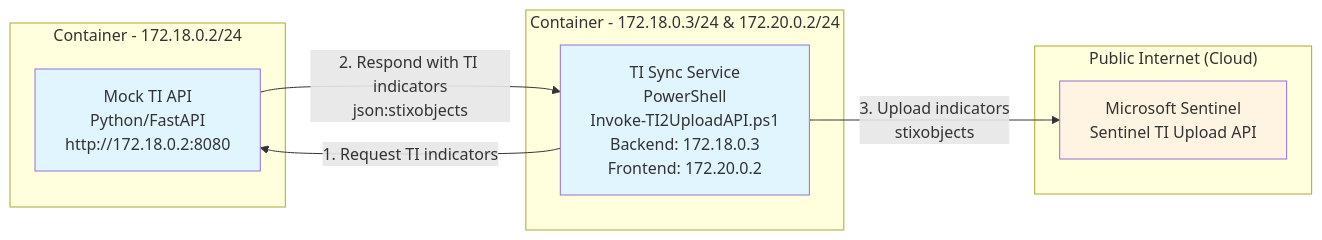
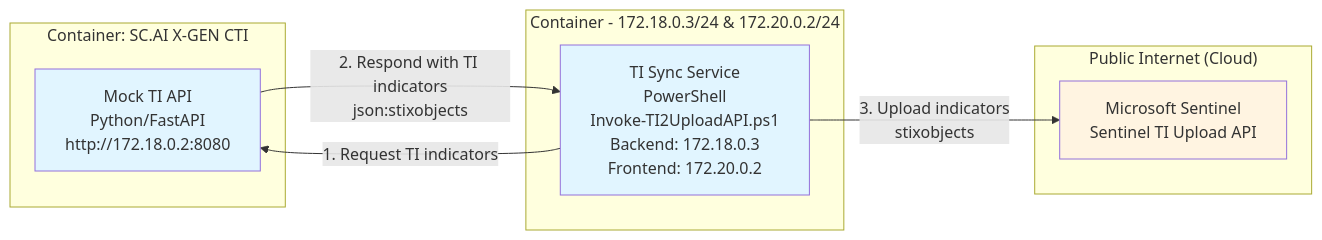
One commit to dcodev1702/Sentinel-TI-Upload-with-Mock-TI-API changed the diagram in README.md. Above: the diagram before and after it, drawn with Mermaid.

Commit message:
Update container label in architecture diagram

````diff
--- a/README.md
+++ b/README.md
@@ -6,22 +6,22 @@
 ```mermaid
 graph LR
-    subgraph "Container - 172.18.0.2/24"
+    subgraph "Container: SC.AI X-GEN CTI"
         A[Mock TI API<br/>Python/FastAPI<br/>http://172.18.0.2:8080]
     end
     
     subgraph "Container - 172.18.0.3/24 & 172.20.0.2/24"
         B[TI Sync Service<br/>PowerShell<br/>Invoke-TI2UploadAPI.ps1<br/>Backend: 172.18.0.3<br/>Frontend: 172.20.0.2]
     end
     
     subgraph "Public Internet (Cloud)"
         C[Microsoft Sentinel<br/>Sentinel TI Upload API]
     end
     
     B -->|1. Request TI indicators| A
     A -->|2. Respond with TI indicators<br/>json:stixobjects| B
     B -->|3. Upload indicators<br/>stixobjects| C
     
     style A fill:#e1f5ff
     style B fill:#e1f5ff
     style C fill:#fff4e1
 ```
````
